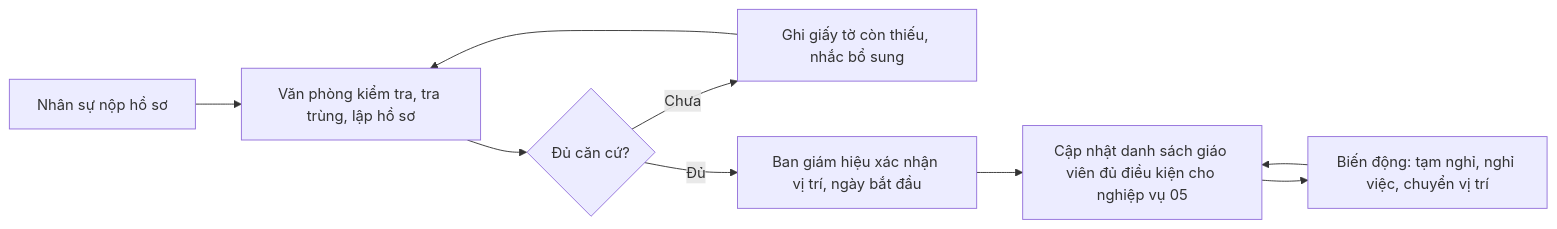
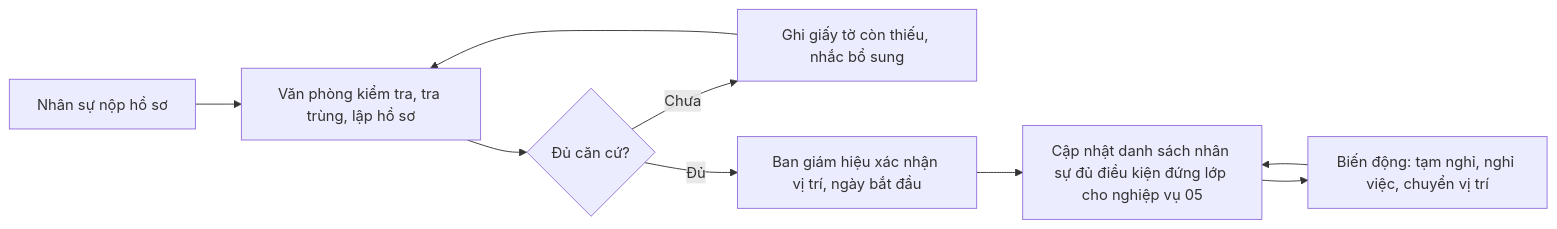
One commit to CAMEL1204/Kindergarten-Management-System changed the diagram in docs/survey/04-staff-management.md. Above: the diagram before and after it, drawn with Mermaid. The commit also changed other lines of this file and 12 other files, not shown here.

````diff
--- a/docs/survey/04-staff-management.md
+++ b/docs/survey/04-staff-management.md
@@ -28,10 +28,10 @@
 ```mermaid
 flowchart LR
     A["Nhân sự nộp hồ sơ"] --> B["Văn phòng kiểm tra, tra trùng, lập hồ sơ"]
     B --> C{"Đủ căn cứ?"}
     C -- "Chưa" --> D["Ghi giấy tờ còn thiếu, nhắc bổ sung"] --> B
     C -- "Đủ" --> E["Ban giám hiệu xác nhận vị trí, ngày bắt đầu"]
-    E --> F["Cập nhật danh sách giáo viên đủ điều kiện cho nghiệp vụ 05"]
+    E --> F["Cập nhật danh sách nhân sự đủ điều kiện đứng lớp cho nghiệp vụ 05"]
     F --> G["Biến động: tạm nghỉ, nghỉ việc, chuyển vị trí"]
     G --> F
 ```
````
